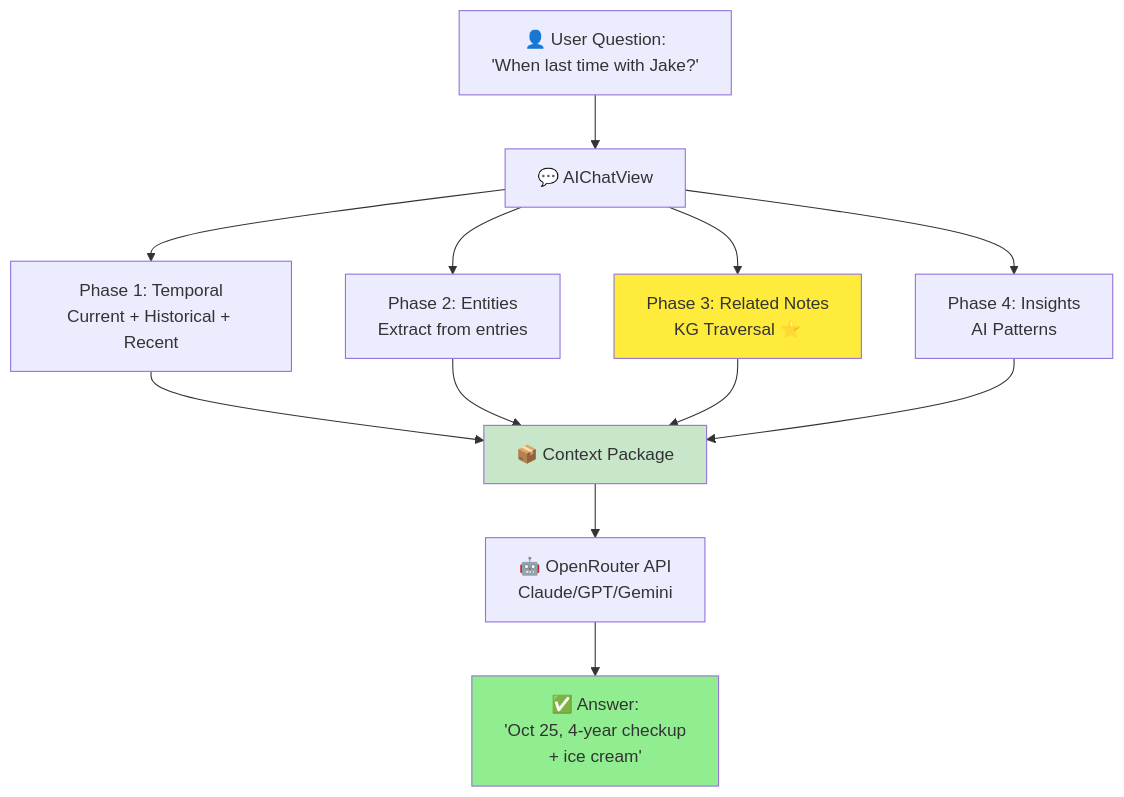
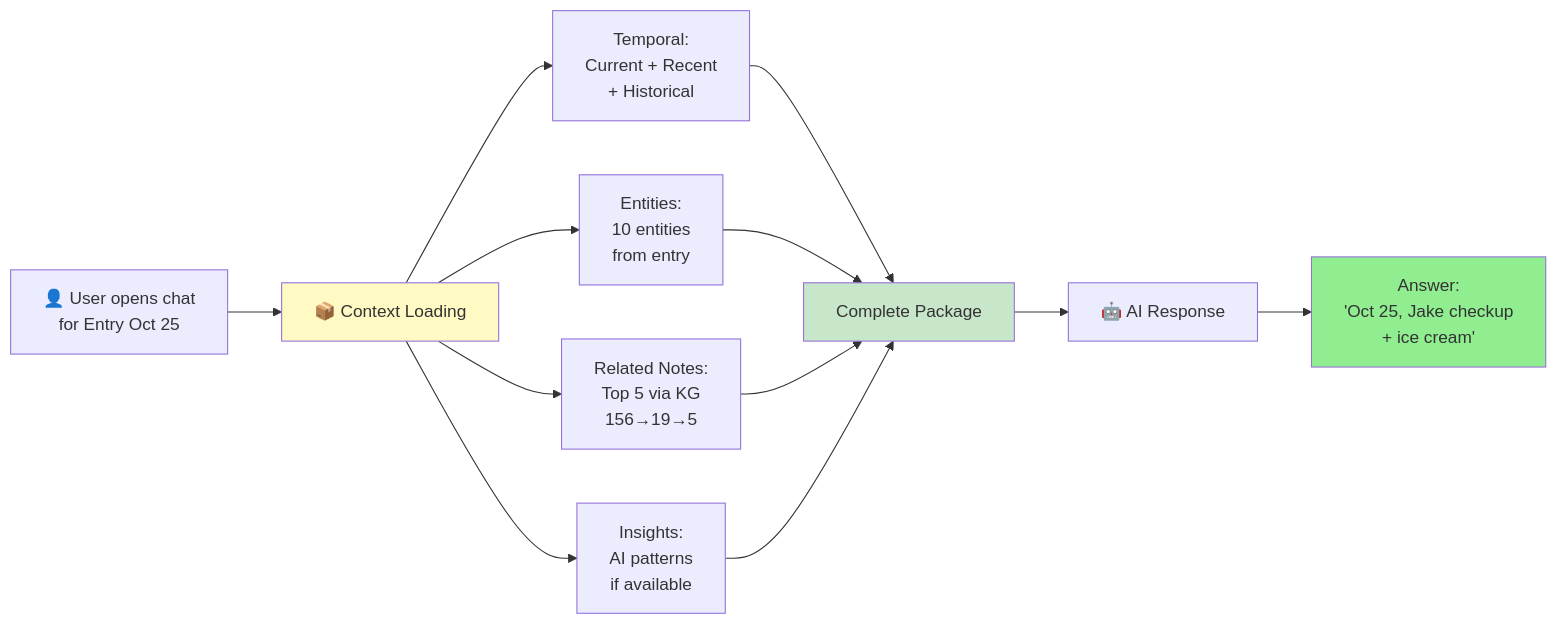
One commit to phuc-nt/kioku-ios changed the sixth of 9 diagrams in docs/99_lesson/PRESENTATION_SLIDES_SHORT.md. Above: the diagram before and after it, drawn with Mermaid. The commit also changed other lines of this file, not shown here.

````diff
--- a/docs/99_lesson/PRESENTATION_SLIDES_SHORT.md
+++ b/docs/99_lesson/PRESENTATION_SLIDES_SHORT.md
@@ -324,21 +244,21 @@
 ```mermaid
-graph TB
-    User[👤 User Question:<br/>'When last time with Jake?'] --> Chat[💬 AIChatView]
+graph LR
+    User[👤 User opens chat<br/>for Entry Oct 25] --> Context[📦 Context Loading]
 
-    Chat --> Phase1[Phase 1: Temporal<br/>Current + Historical + Recent]
-    Chat --> Phase2[Phase 2: Entities<br/>Extract from entries]
-    Chat --> Phase3[Phase 3: Related Notes<br/>KG Traversal ⭐]
-    Chat --> Phase4[Phase 4: Insights<br/>AI Patterns]
+    Context --> T[Temporal:<br/>Current + Recent<br/>+ Historical]
+    Context --> E[Entities:<br/>10 entities<br/>from entry]
+    Context --> R[Related Notes:<br/>Top 5 via KG<br/>156→19→5]
+    Context --> I[Insights:<br/>AI patterns<br/>if available]
 
-    Phase1 --> Context[📦 Context Package]
-    Phase2 --> Context
-    Phase3 --> Context
-    Phase4 --> Context
+    T --> Package[Complete Package]
+    E --> Package
+    R --> Package
+    I --> Package
 
-    Context --> AI[🤖 OpenRouter API<br/>Claude/GPT/Gemini]
-    AI --> Answer[✅ Answer:<br/>'Oct 25, 4-year checkup<br/>+ ice cream']
+    Package --> AI[🤖 AI Response]
+    AI --> Answer["Answer:<br/>'Oct 25, Jake checkup<br/>+ ice cream'"]
 
-    style Phase3 fill:#ffeb3b
-    style Context fill:#c8e6c9
+    style Context fill:#fff9c4
+    style Package fill:#c8e6c9
     style Answer fill:#90EE90
 ```
````
